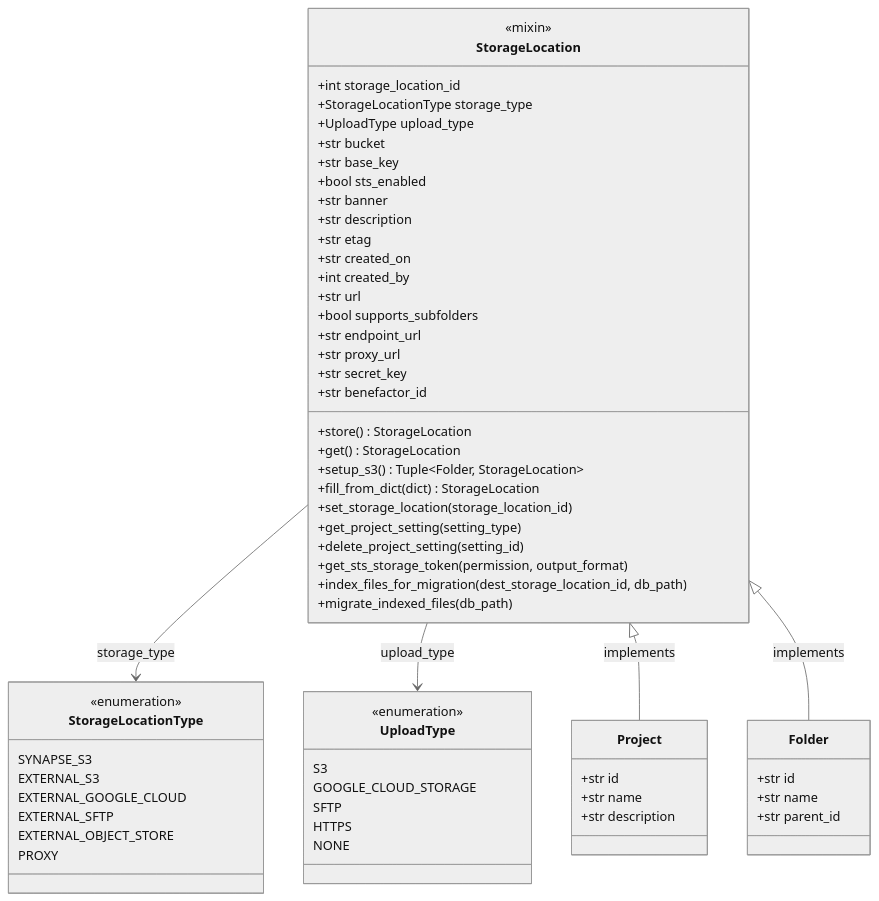
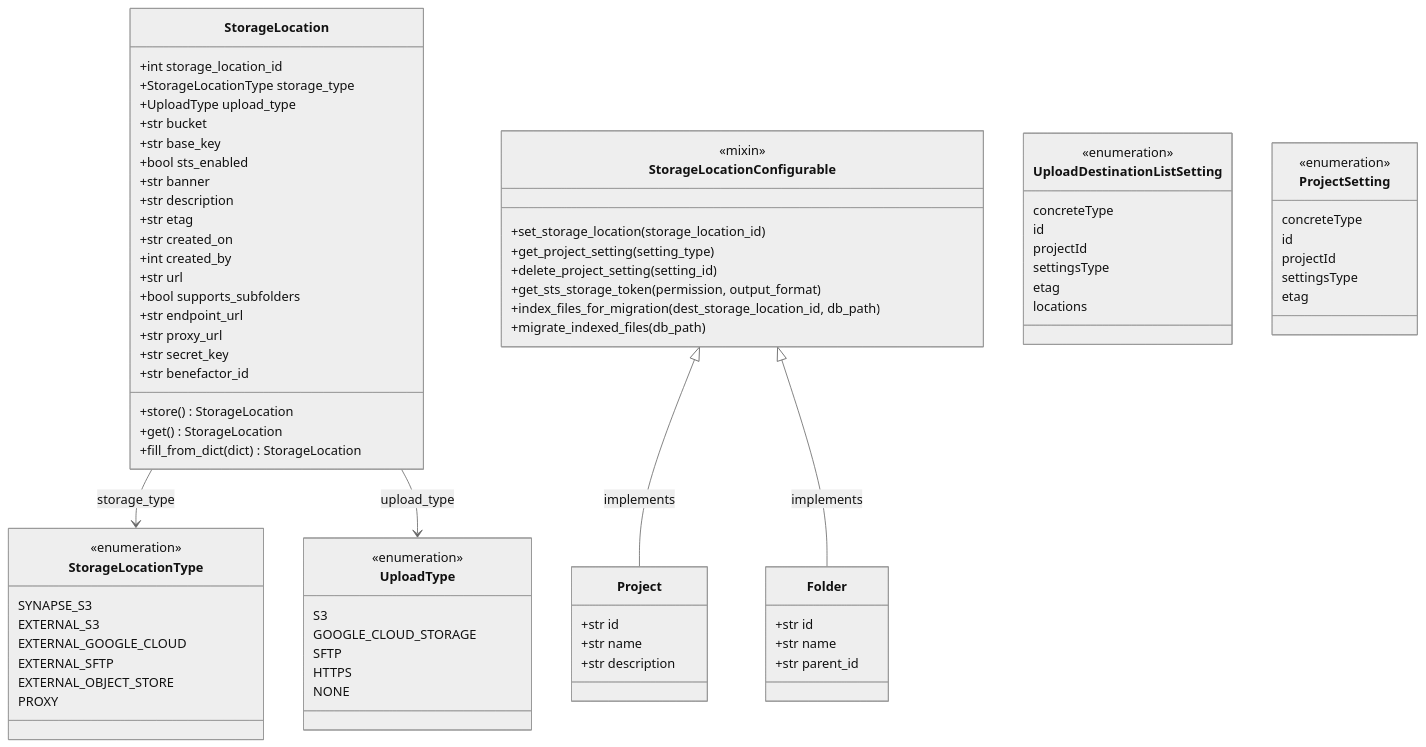
The first of 11 diagrams in docs/explanations/storage_location_architecture.md (Sage-Bionetworks/synapsePythonClient), drawn with Mermaid (neutral theme) before and after one commit. The commit also changed other lines of this file, not shown here.

````diff
--- a/docs/explanations/storage_location_architecture.md
+++ b/docs/explanations/storage_location_architecture.md
@@ -91,7 +91,6 @@
         +str benefactor_id
         +store() StorageLocation
         +get() StorageLocation
-        +setup_s3() Tuple~Folder, StorageLocation~
         +fill_from_dict(dict) StorageLocation
     }
 
@@ -114,7 +113,7 @@
         NONE
     }
 
-    class StorageLocation {
+    class StorageLocationConfigurable {
         <<mixin>>
         +set_storage_location(storage_location_id)
         +get_project_setting(setting_type)
@@ -136,8 +135,27 @@
         +str parent_id
     }
 
+    class UploadDestinationListSetting {
+        <<enumeration>>
+        concreteType
+        id
+        projectId
+        settingsType
+        etag
+        locations
+    }
+
+    class ProjectSetting {
+        <<enumeration>>
+        concreteType
+        id
+        projectId
+        settingsType
+        etag
+
+    }
     StorageLocation --> StorageLocationType : storage_type
     StorageLocation --> UploadType : upload_type
-    StorageLocation <|-- Project : implements
-    StorageLocation <|-- Folder : implements
+    StorageLocationConfigurable <|-- Project : implements
+    StorageLocationConfigurable <|-- Folder : implements
 ```
````
